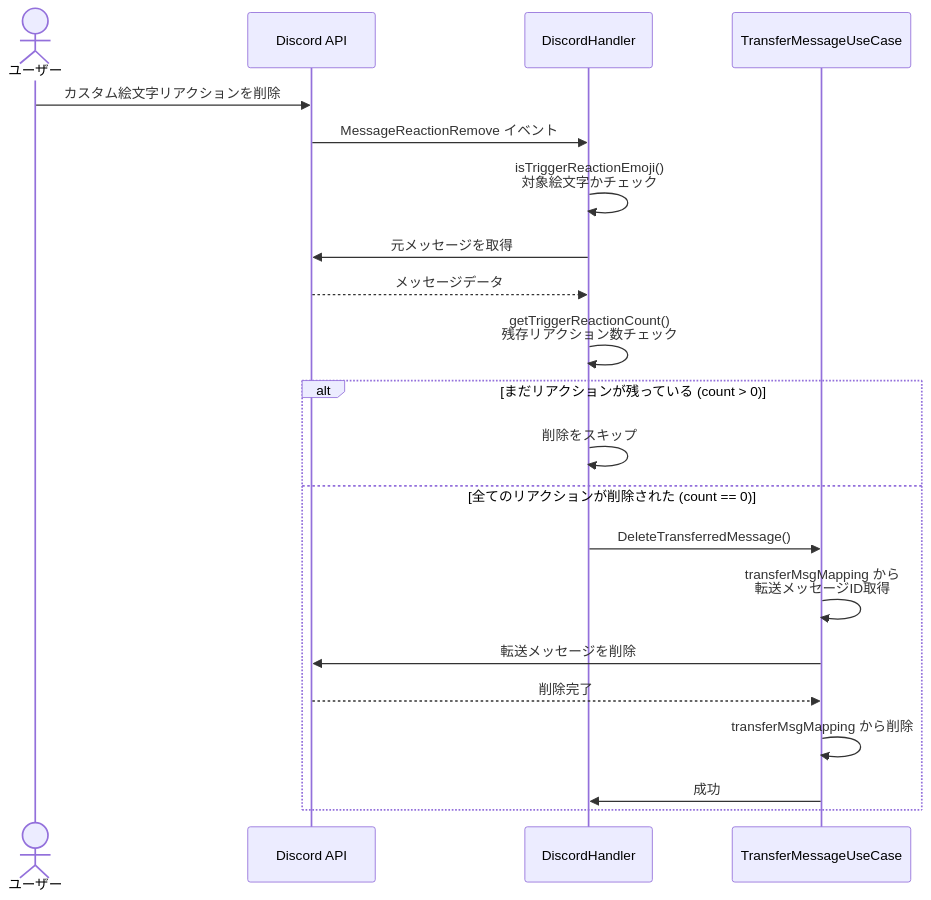
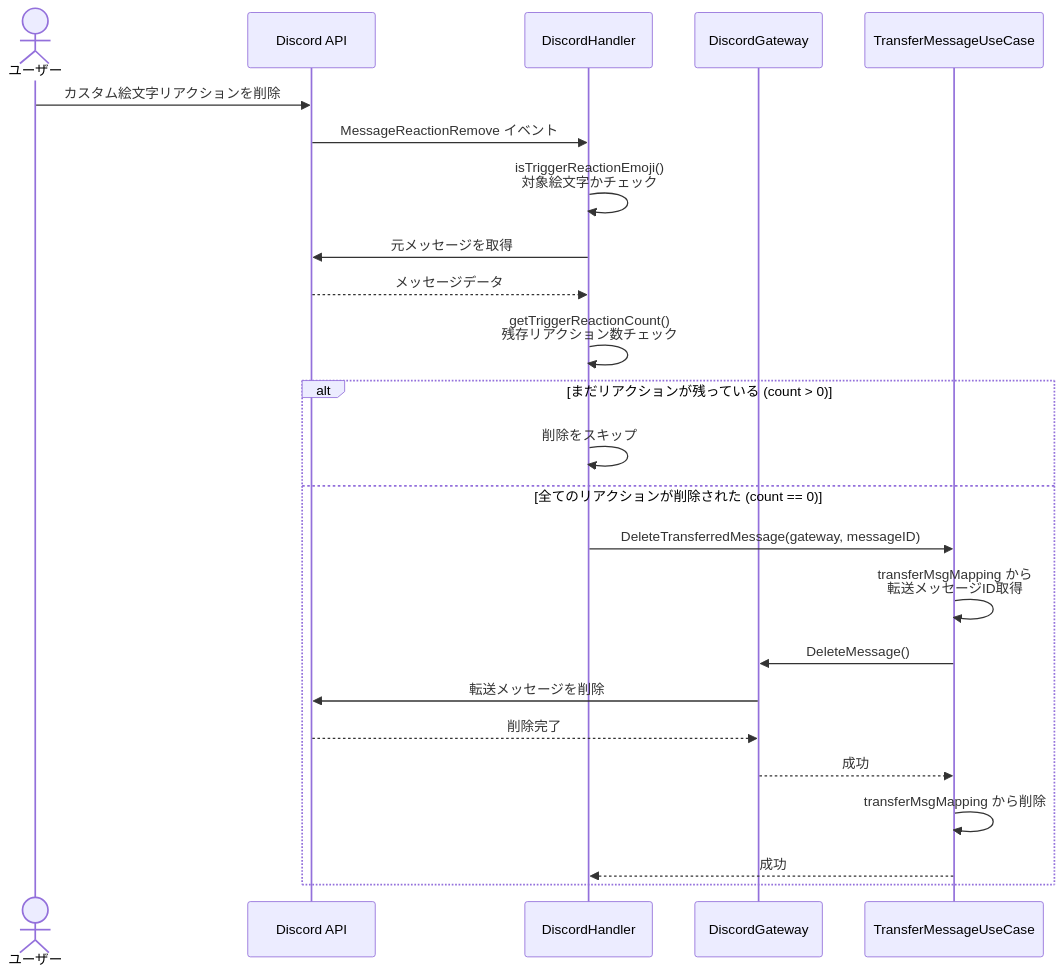
The second of 2 diagrams in docs/flow.md (TECH-C-InTech/reaction), drawn with Mermaid before and after one commit. The commit also changed other lines of this file and 6 other files, not shown here.

````diff
--- a/docs/flow.md
+++ b/docs/flow.md
@@ -44,24 +49,27 @@
 ```mermaid
 sequenceDiagram
     actor User as ユーザー
     participant Discord as Discord API
     participant Handler as DiscordHandler
+    participant Gateway as DiscordGateway
     participant UseCase as TransferMessageUseCase
 
     User->>Discord: カスタム絵文字リアクションを削除
     Discord->>Handler: MessageReactionRemove イベント
     Handler->>Handler: isTriggerReactionEmoji()<br/>対象絵文字かチェック
     Handler->>Discord: 元メッセージを取得
     Discord-->>Handler: メッセージデータ
     Handler->>Handler: getTriggerReactionCount()<br/>残存リアクション数チェック
     alt まだリアクションが残っている (count > 0)
         Handler->>Handler: 削除をスキップ
     else 全てのリアクションが削除された (count == 0)
-        Handler->>UseCase: DeleteTransferredMessage()
+        Handler->>UseCase: DeleteTransferredMessage(gateway, messageID)
         UseCase->>UseCase: transferMsgMapping から<br/>転送メッセージID取得
-        UseCase->>Discord: 転送メッセージを削除
-        Discord-->>UseCase: 削除完了
+        UseCase->>Gateway: DeleteMessage()
+        Gateway->>Discord: 転送メッセージを削除
+        Discord-->>Gateway: 削除完了
+        Gateway-->>UseCase: 成功
         UseCase->>UseCase: transferMsgMapping から削除
-        UseCase->>Handler: 成功
+        UseCase-->>Handler: 成功
     end
 ```
````
